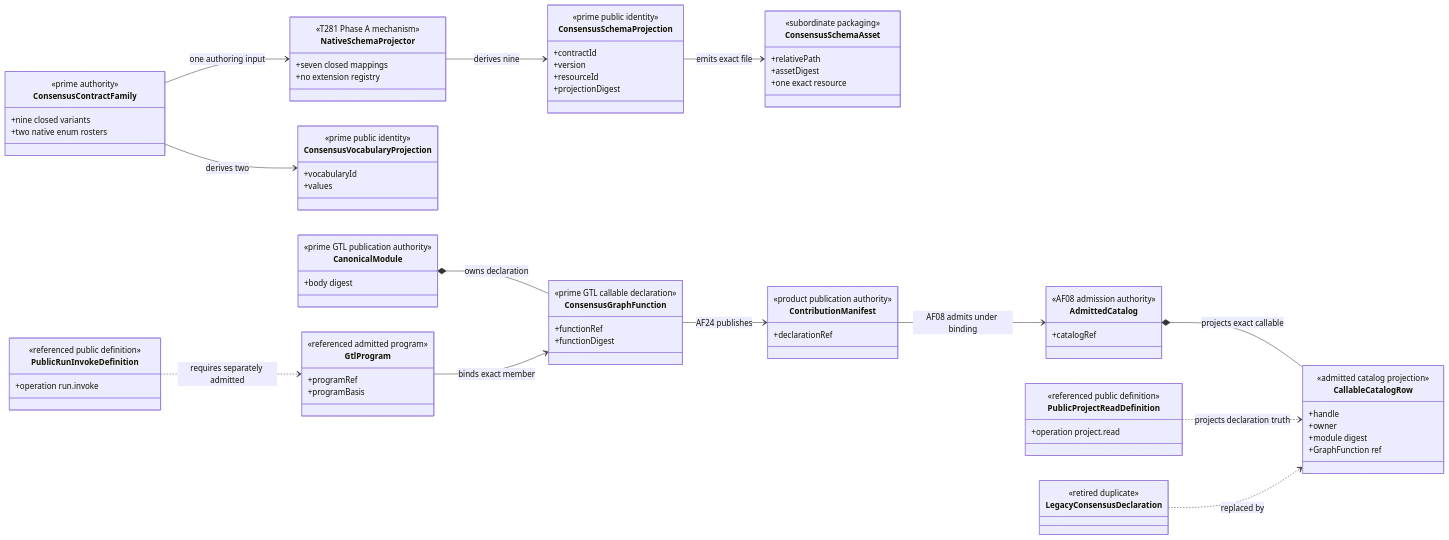
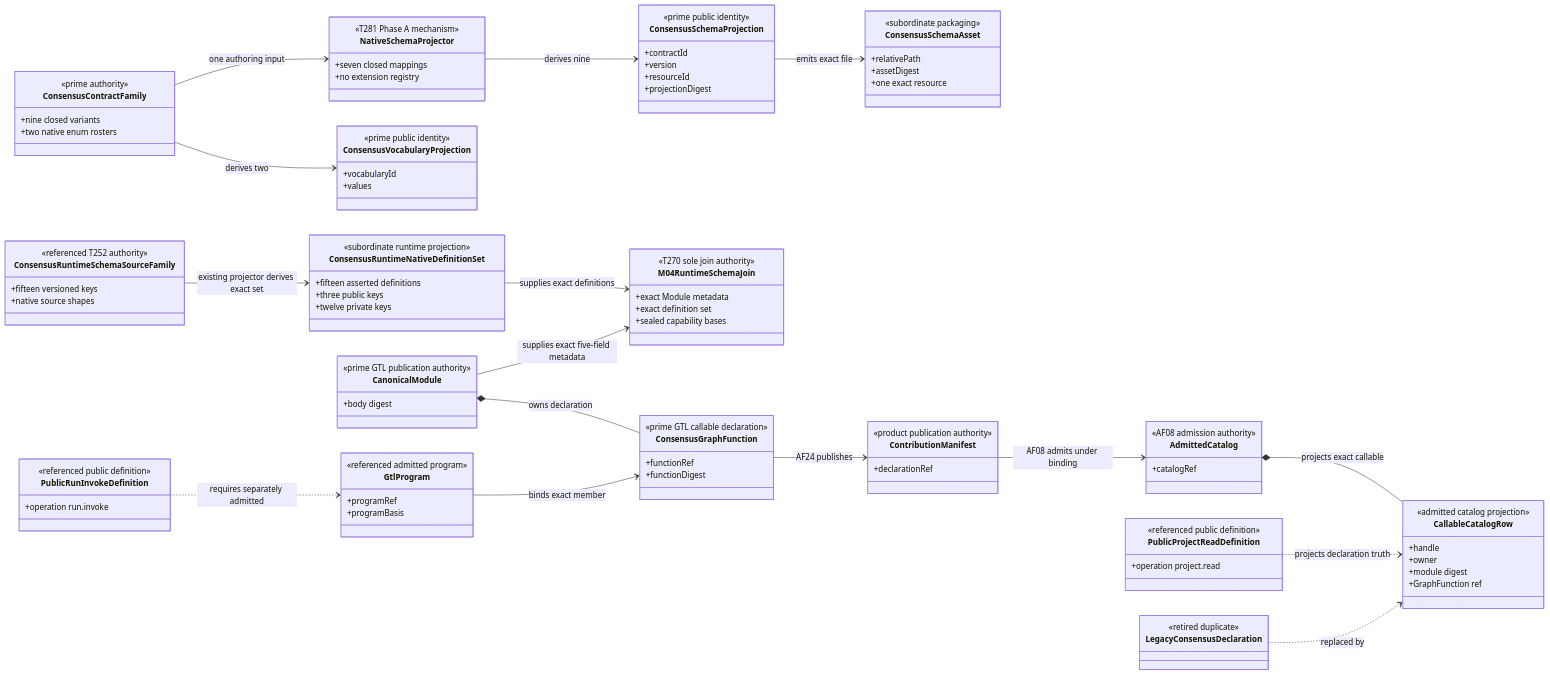
The first of 3 diagrams in build_tenants/abiogenesis/typescript/design/M02_M04_CONSENSUS_PUBLICATION_PRIME_CONTRACTION_BEHAVIOR_DESIGN.md (foolishimp/abiogenesis), drawn with Mermaid before and after one commit. The commit also changed other lines of this file and 5 other files, not shown here.

Commit message:
design(t274b): bind private native definition delivery

```diff
--- a/build_tenants/abiogenesis/typescript/design/M02_M04_CONSENSUS_PUBLICATION_PRIME_CONTRACTION_BEHAVIOR_DESIGN.md
+++ b/build_tenants/abiogenesis/typescript/design/M02_M04_CONSENSUS_PUBLICATION_PRIME_CONTRACTION_BEHAVIOR_DESIGN.md
@@ -214,6 +249,23 @@
     +relativePath
     +assetDigest
     +one exact resource
+  }
+  class ConsensusRuntimeSchemaSourceFamily {
+    <<referenced T252 authority>>
+    +fifteen versioned keys
+    +native source shapes
+  }
+  class ConsensusRuntimeNativeDefinitionSet {
+    <<subordinate runtime projection>>
+    +fifteen asserted definitions
+    +three public keys
+    +twelve private keys
+  }
+  class M04RuntimeSchemaJoin {
+    <<T270 sole join authority>>
+    +exact Module metadata
+    +exact definition set
+    +sealed capability bases
   }
   class ConsensusVocabularyProjection {
     <<prime public identity>>
@@ -265,6 +317,9 @@
   NativeSchemaProjector --> ConsensusSchemaProjection : derives nine
   ConsensusContractFamily --> ConsensusVocabularyProjection : derives two
   ConsensusSchemaProjection --> ConsensusSchemaAsset : emits exact file
+  ConsensusRuntimeSchemaSourceFamily --> ConsensusRuntimeNativeDefinitionSet : existing projector derives exact set
+  CanonicalModule --> M04RuntimeSchemaJoin : supplies exact five-field metadata
+  ConsensusRuntimeNativeDefinitionSet --> M04RuntimeSchemaJoin : supplies exact definitions
   CanonicalModule *-- ConsensusGraphFunction : owns declaration
   ConsensusGraphFunction --> ContributionManifest : AF24 publishes
   ContributionManifest --> AdmittedCatalog : AF08 admits under binding
```
